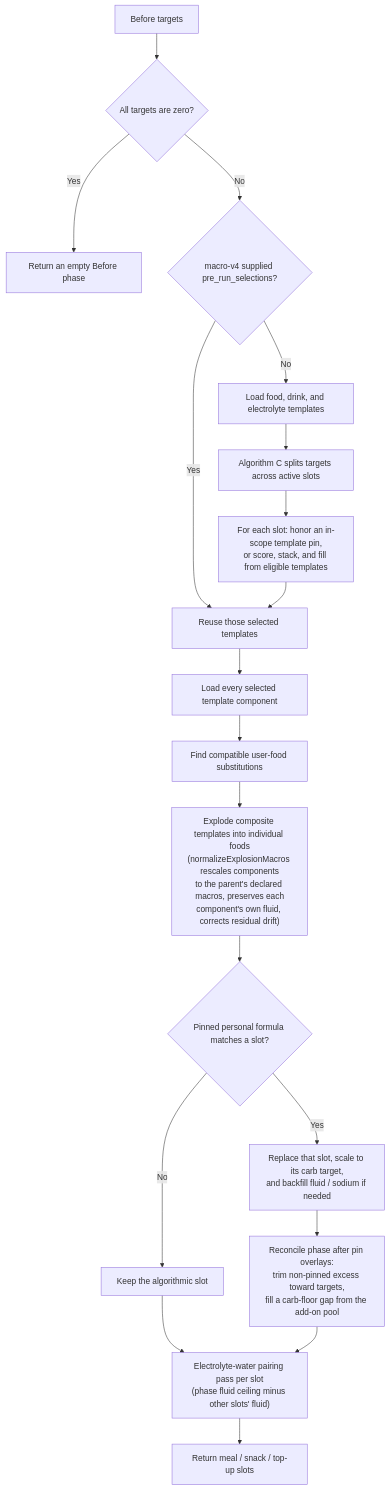
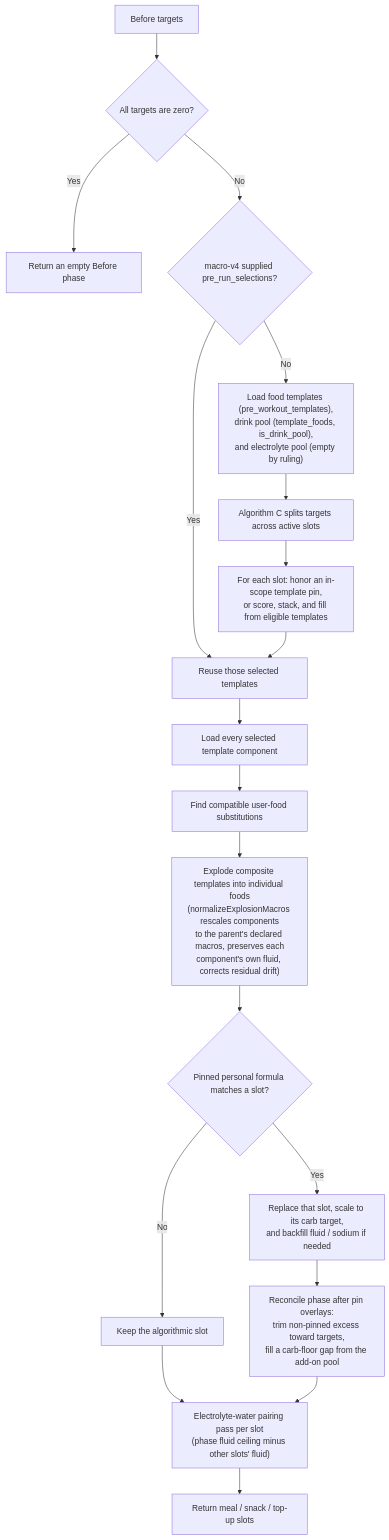
The second of 5 diagrams in docs/business_logic/nutrition-plan-v3-algorithm.md (milkmanfunddev-ops/mealvana_endurance), drawn with Mermaid before and after one commit. The commit also changed other lines of this file and 4 other files, not shown here.

First line of the commit message:
docs: refresh the nutrition-plan v3 flowchart for the Before-phase refactor + fix the dev schema dump [skip ci]

````diff
--- a/docs/business_logic/nutrition-plan-v3-algorithm.md
+++ b/docs/business_logic/nutrition-plan-v3-algorithm.md
@@ -69,23 +69,23 @@
 ```mermaid
 flowchart TD
     A["Before targets"] --> B{"All targets are zero?"}
     B -- "Yes" --> Z["Return an empty Before phase"]
     B -- "No" --> C{"macro-v4 supplied pre_run_selections?"}
 
     C -- "Yes" --> S["Reuse those selected templates"]
-    C -- "No" --> T["Load food, drink, and electrolyte templates"]
+    C -- "No" --> T["Load food templates (pre_workout_templates),<br/>drink pool (template_foods, is_drink_pool),<br/>and electrolyte pool (empty by ruling)"]
     T --> AC["Algorithm C splits targets across active slots"]
     AC --> PICK["For each slot: honor an in-scope template pin,<br/>or score, stack, and fill from eligible templates"]
     PICK --> S
 
     S --> F["Load every selected template component"]
     F --> U["Find compatible user-food substitutions"]
     U --> X["Explode composite templates into individual foods<br/>(normalizeExplosionMacros rescales components<br/>to the parent's declared macros, preserves each<br/>component's own fluid, corrects residual drift)"]
     X --> O{"Pinned personal formula matches a slot?"}
     O -- "Yes" --> PF["Replace that slot, scale to its carb target,<br/>and backfill fluid / sodium if needed"]
     O -- "No" --> KEEP["Keep the algorithmic slot"]
     PF --> RECON["Reconcile phase after pin overlays:<br/>trim non-pinned excess toward targets,<br/>fill a carb-floor gap from the add-on pool"]
     KEEP --> EWP["Electrolyte-water pairing pass per slot<br/>(phase fluid ceiling minus other slots' fluid)"]
     RECON --> EWP
     EWP --> OUT["Return meal / snack / top-up slots"]
 ```
````
